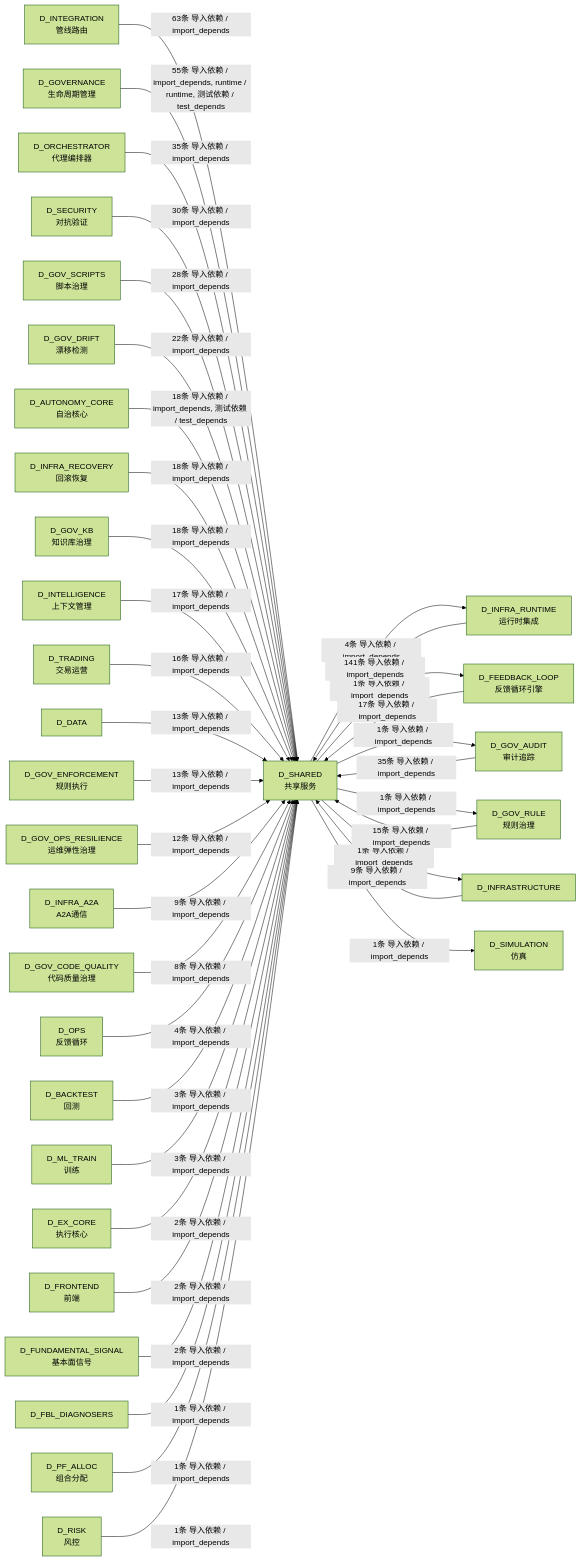
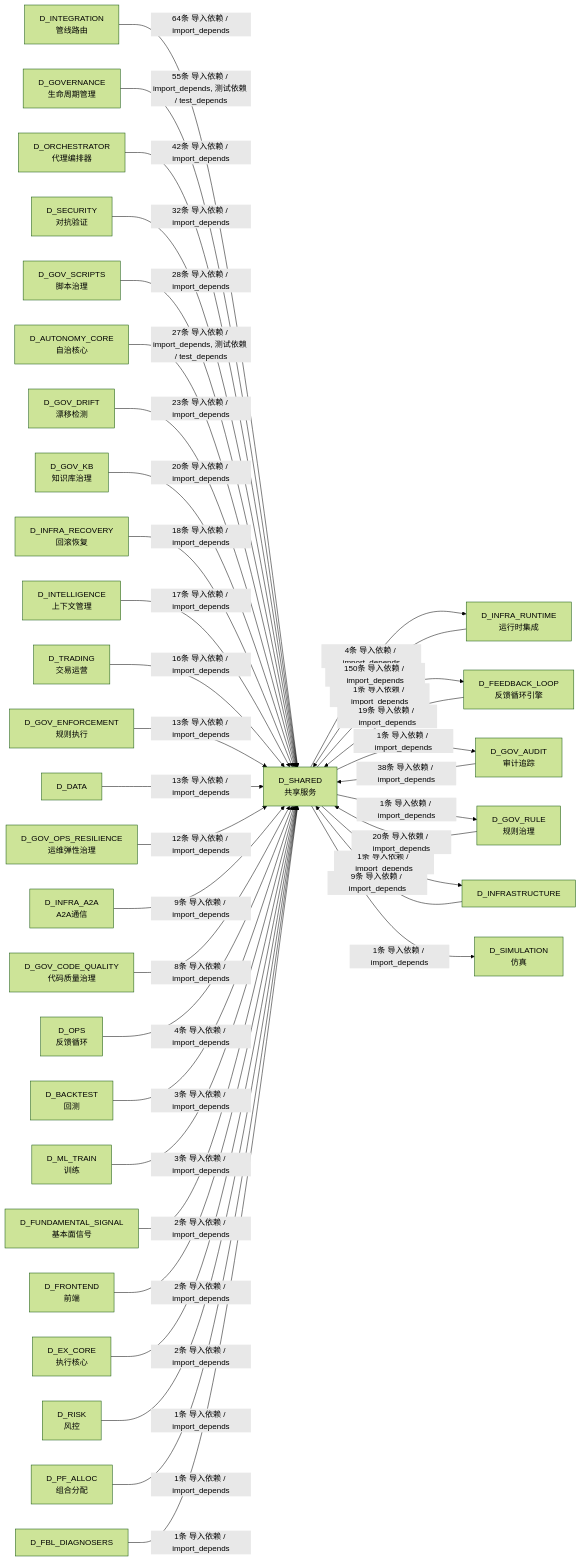
The tenth of 10 diagrams in docs/02_enterprise_architecture/02_domain_architecture_docs/26_d_shared.md (xuanFelixVan/ZephyrAlpha), drawn with Mermaid (forest theme) before and after one commit. The commit also changed other lines of this file and 103 other files, not shown here.

````diff
--- a/docs/02_enterprise_architecture/02_domain_architecture_docs/26_d_shared.md
+++ b/docs/02_enterprise_architecture/02_domain_architecture_docs/26_d_shared.md
@@ -1698,71 +1737,71 @@
 ```mermaid
 graph LR
     D_SHARED["D_SHARED<br/>共享服务"]
     D_INFRA_RUNTIME["D_INFRA_RUNTIME<br/>运行时集成"]
     D_FEEDBACK_LOOP["D_FEEDBACK_LOOP<br/>反馈循环引擎"]
     D_GOV_AUDIT["D_GOV_AUDIT<br/>审计追踪"]
     D_GOV_RULE["D_GOV_RULE<br/>规则治理"]
     D_INFRASTRUCTURE["D_INFRASTRUCTURE"]
     D_SIMULATION["D_SIMULATION<br/>仿真"]
     D_INTEGRATION["D_INTEGRATION<br/>管线路由"]
     D_GOVERNANCE["D_GOVERNANCE<br/>生命周期管理"]
     D_ORCHESTRATOR["D_ORCHESTRATOR<br/>代理编排器"]
     D_SECURITY["D_SECURITY<br/>对抗验证"]
     D_GOV_SCRIPTS["D_GOV_SCRIPTS<br/>脚本治理"]
+    D_AUTONOMY_CORE["D_AUTONOMY_CORE<br/>自治核心"]
     D_GOV_DRIFT["D_GOV_DRIFT<br/>漂移检测"]
-    D_AUTONOMY_CORE["D_AUTONOMY_CORE<br/>自治核心"]
+    D_GOV_KB["D_GOV_KB<br/>知识库治理"]
     D_INFRA_RECOVERY["D_INFRA_RECOVERY<br/>回滚恢复"]
-    D_GOV_KB["D_GOV_KB<br/>知识库治理"]
     D_INTELLIGENCE["D_INTELLIGENCE<br/>上下文管理"]
     D_TRADING["D_TRADING<br/>交易运营"]
+    D_GOV_ENFORCEMENT["D_GOV_ENFORCEMENT<br/>规则执行"]
     D_DATA["D_DATA"]
-    D_GOV_ENFORCEMENT["D_GOV_ENFORCEMENT<br/>规则执行"]
     D_GOV_OPS_RESILIENCE["D_GOV_OPS_RESILIENCE<br/>运维弹性治理"]
     D_INFRA_A2A["D_INFRA_A2A<br/>A2A通信"]
     D_GOV_CODE_QUALITY["D_GOV_CODE_QUALITY<br/>代码质量治理"]
     D_OPS["D_OPS<br/>反馈循环"]
     D_BACKTEST["D_BACKTEST<br/>回测"]
     D_ML_TRAIN["D_ML_TRAIN<br/>训练"]
+    D_FUNDAMENTAL_SIGNAL["D_FUNDAMENTAL_SIGNAL<br/>基本面信号"]
+    D_FRONTEND["D_FRONTEND<br/>前端"]
     D_EX_CORE["D_EX_CORE<br/>执行核心"]
-    D_FRONTEND["D_FRONTEND<br/>前端"]
-    D_FUNDAMENTAL_SIGNAL["D_FUNDAMENTAL_SIGNAL<br/>基本面信号"]
+    D_RISK["D_RISK<br/>风控"]
+    D_PF_ALLOC["D_PF_ALLOC<br/>组合分配"]
     D_FBL_DIAGNOSERS["D_FBL_DIAGNOSERS"]
-    D_PF_ALLOC["D_PF_ALLOC<br/>组合分配"]
-    D_RISK["D_RISK<br/>风控"]
     D_SHARED -->|4条 导入依赖 / import_depends| D_INFRA_RUNTIME
     D_SHARED -->|1条 导入依赖 / import_depends| D_FEEDBACK_LOOP
     D_SHARED -->|1条 导入依赖 / import_depends| D_GOV_AUDIT
     D_SHARED -->|1条 导入依赖 / import_depends| D_GOV_RULE
     D_SHARED -->|1条 导入依赖 / import_depends| D_INFRASTRUCTURE
     D_SHARED -->|1条 导入依赖 / import_depends| D_SIMULATION
-    D_INFRA_RUNTIME -->|141条 导入依赖 / import_depends| D_SHARED
-    D_INTEGRATION -->|63条 导入依赖 / import_depends| D_SHARED
-    D_GOVERNANCE -->|55条 导入依赖 / import_depends, runtime / runtime, 测试依赖 / test_depends| D_SHARED
-    D_GOV_AUDIT -->|35条 导入依赖 / import_depends| D_SHARED
-    D_ORCHESTRATOR -->|35条 导入依赖 / import_depends| D_SHARED
-    D_SECURITY -->|30条 导入依赖 / import_depends| D_SHARED
+    D_INFRA_RUNTIME -->|150条 导入依赖 / import_depends| D_SHARED
+    D_INTEGRATION -->|64条 导入依赖 / import_depends| D_SHARED
+    D_GOVERNANCE -->|55条 导入依赖 / import_depends, 测试依赖 / test_depends| D_SHARED
+    D_ORCHESTRATOR -->|42条 导入依赖 / import_depends| D_SHARED
+    D_GOV_AUDIT -->|38条 导入依赖 / import_depends| D_SHARED
+    D_SECURITY -->|32条 导入依赖 / import_depends| D_SHARED
     D_GOV_SCRIPTS -->|28条 导入依赖 / import_depends| D_SHARED
-    D_GOV_DRIFT -->|22条 导入依赖 / import_depends| D_SHARED
-    D_AUTONOMY_CORE -->|18条 导入依赖 / import_depends, 测试依赖 / test_depends| D_SHARED
+    D_AUTONOMY_CORE -->|27条 导入依赖 / import_depends, 测试依赖 / test_depends| D_SHARED
+    D_GOV_DRIFT -->|23条 导入依赖 / import_depends| D_SHARED
+    D_GOV_RULE -->|20条 导入依赖 / import_depends| D_SHARED
+    D_GOV_KB -->|20条 导入依赖 / import_depends| D_SHARED
+    D_FEEDBACK_LOOP -->|19条 导入依赖 / import_depends| D_SHARED
     D_INFRA_RECOVERY -->|18条 导入依赖 / import_depends| D_SHARED
-    D_GOV_KB -->|18条 导入依赖 / import_depends| D_SHARED
-    D_FEEDBACK_LOOP -->|17条 导入依赖 / import_depends| D_SHARED
     D_INTELLIGENCE -->|17条 导入依赖 / import_depends| D_SHARED
     D_TRADING -->|16条 导入依赖 / import_depends| D_SHARED
-    D_GOV_RULE -->|15条 导入依赖 / import_depends| D_SHARED
+    D_GOV_ENFORCEMENT -->|13条 导入依赖 / import_depends| D_SHARED
     D_DATA -->|13条 导入依赖 / import_depends| D_SHARED
-    D_GOV_ENFORCEMENT -->|13条 导入依赖 / import_depends| D_SHARED
     D_GOV_OPS_RESILIENCE -->|12条 导入依赖 / import_depends| D_SHARED
+    D_INFRASTRUCTURE -->|9条 导入依赖 / import_depends| D_SHARED
     D_INFRA_A2A -->|9条 导入依赖 / import_depends| D_SHARED
-    D_INFRASTRUCTURE -->|9条 导入依赖 / import_depends| D_SHARED
     D_GOV_CODE_QUALITY -->|8条 导入依赖 / import_depends| D_SHARED
     D_OPS -->|4条 导入依赖 / import_depends| D_SHARED
     D_BACKTEST -->|3条 导入依赖 / import_depends| D_SHARED
     D_ML_TRAIN -->|3条 导入依赖 / import_depends| D_SHARED
+    D_FUNDAMENTAL_SIGNAL -->|2条 导入依赖 / import_depends| D_SHARED
+    D_FRONTEND -->|2条 导入依赖 / import_depends| D_SHARED
     D_EX_CORE -->|2条 导入依赖 / import_depends| D_SHARED
-    D_FRONTEND -->|2条 导入依赖 / import_depends| D_SHARED
-    D_FUNDAMENTAL_SIGNAL -->|2条 导入依赖 / import_depends| D_SHARED
+    D_RISK -->|1条 导入依赖 / import_depends| D_SHARED
+    D_PF_ALLOC -->|1条 导入依赖 / import_depends| D_SHARED
     D_FBL_DIAGNOSERS -->|1条 导入依赖 / import_depends| D_SHARED
-    D_PF_ALLOC -->|1条 导入依赖 / import_depends| D_SHARED
-    D_RISK -->|1条 导入依赖 / import_depends| D_SHARED
 ```
````
